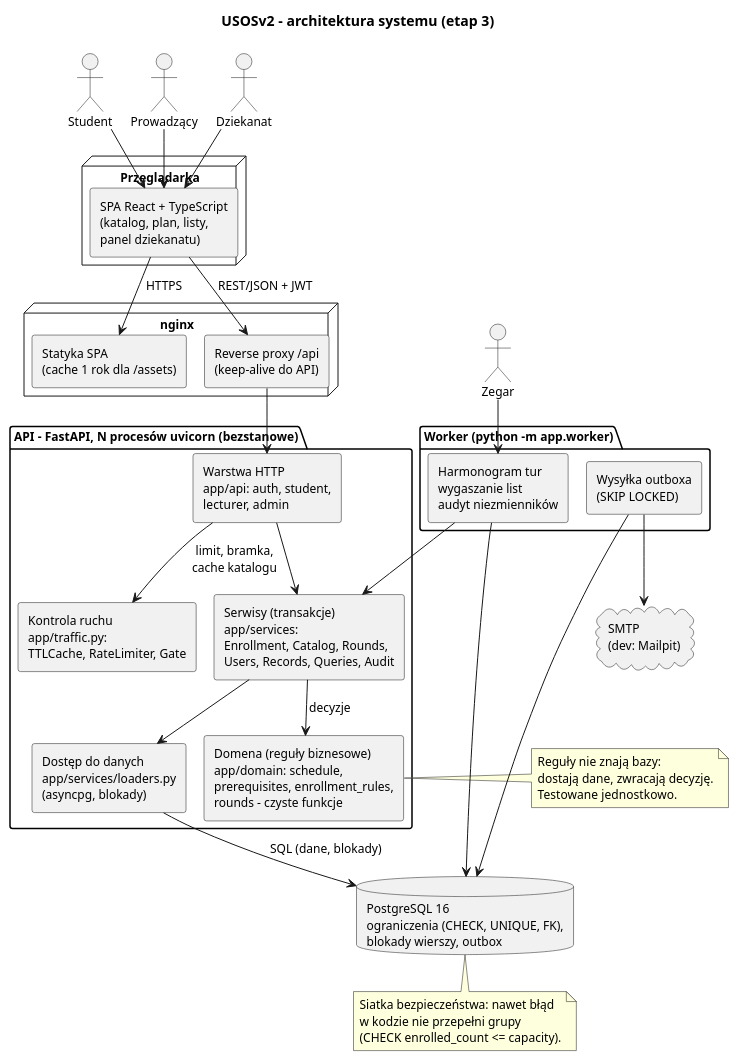
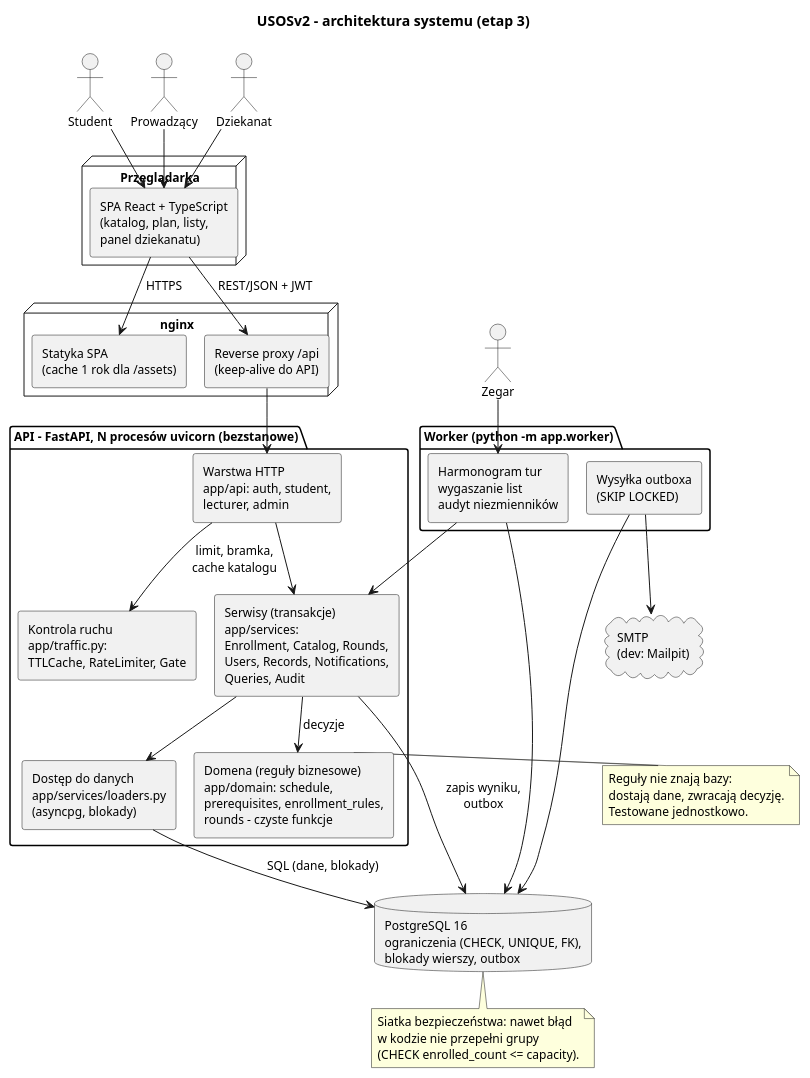
One commit to Husaria55/USOSv2 changed the diagram in etap3/diagramy/architektura.puml. Above: the diagram before and after it, drawn with PlantUML. The commit also changed 22 other files, not shown here.

```diff
--- a/etap3/diagramy/architektura.puml
+++ b/etap3/diagramy/architektura.puml
@@ -1,65 +1,66 @@
 @startuml architektura
 !pragma layout smetana
 title USOSv2 – architektura systemu (etap 3)
 skinparam componentStyle rectangle
 skinparam shadowing false
 skinparam defaultFontSize 12
 
 actor "Student" as student
 actor "Prowadzący" as prow
 actor "Dziekanat" as admin
 actor "Zegar" as zegar
 
 node "Przeglądarka" {
   [SPA React + TypeScript\n(katalog, plan, listy,\npanel dziekanatu)] as spa
 }
 
 node "nginx" {
   [Statyka SPA\n(cache 1 rok dla /assets)] as static
   [Reverse proxy /api\n(keep-alive do API)] as proxy
 }
 
 package "API – FastAPI, N procesów uvicorn (bezstanowe)" {
   [Warstwa HTTP\napp/api: auth, student,\nlecturer, admin] as http
   [Kontrola ruchu\napp/traffic.py:\nTTLCache, RateLimiter, Gate] as traffic
-  [Serwisy (transakcje)\napp/services:\nEnrollment, Catalog, Rounds,\nUsers, Records, Queries, Audit] as services
+  [Serwisy (transakcje)\napp/services:\nEnrollment, Catalog, Rounds,\nUsers, Records, Notifications,\nQueries, Audit] as services
   [Dostęp do danych\napp/services/loaders.py\n(asyncpg, blokady)] as loaders
   [Domena (reguły biznesowe)\napp/domain: schedule,\nprerequisites, enrollment_rules,\nrounds – czyste funkcje] as domain
 }
 
 package "Worker (python -m app.worker)" {
   [Harmonogram tur\nwygaszanie list\naudyt niezmienników] as wtasks
   [Wysyłka outboxa\n(SKIP LOCKED)] as wmail
 }
 
 database "PostgreSQL 16\nograniczenia (CHECK, UNIQUE, FK),\nblokady wierszy, outbox" as db
 cloud "SMTP\n(dev: Mailpit)" as smtp
 
 student --> spa
 prow --> spa
 admin --> spa
 spa --> static : HTTPS
 spa --> proxy : REST/JSON + JWT
 proxy --> http
 http --> traffic : limit, bramka,\ncache katalogu
 http --> services
 services --> domain : decyzje
 services --> loaders
 loaders --> db : SQL (dane, blokady)
+services --> db : zapis wyniku,\noutbox
 zegar --> wtasks
 wtasks --> services
 wtasks --> db
 wmail --> db
 wmail --> smtp
 
 note right of domain
   Reguły nie znają bazy:
   dostają dane, zwracają decyzję.
   Testowane jednostkowo.
 end note
 note bottom of db
   Siatka bezpieczeństwa: nawet błąd
   w kodzie nie przepełni grupy
   (CHECK enrolled_count <= capacity).
 end note
 @enduml
```
